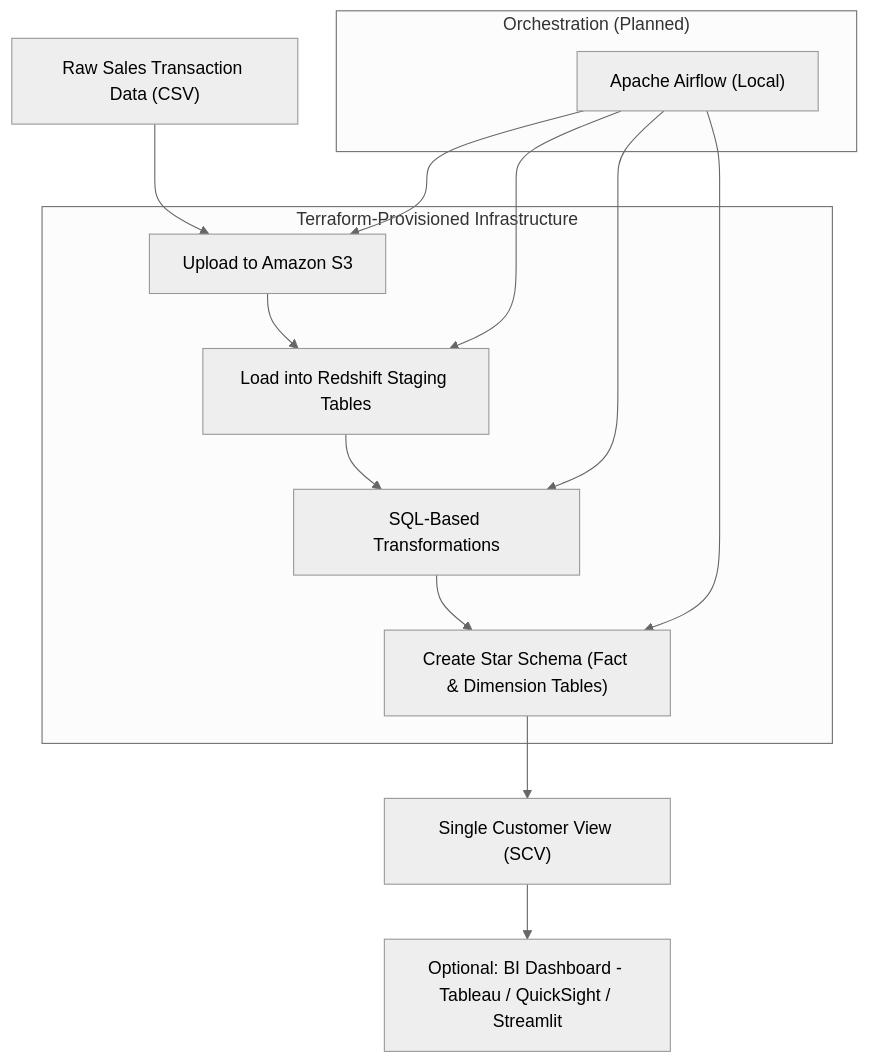
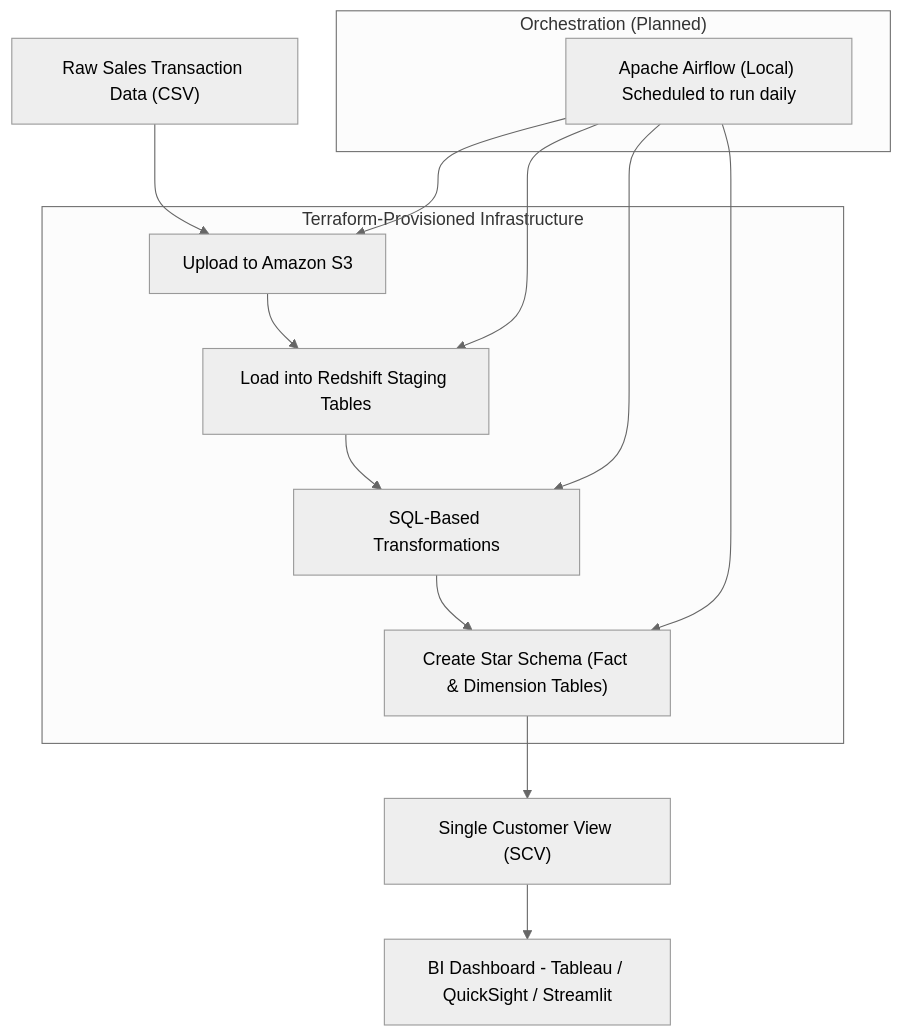
One commit to tungstennn/EcomDataPipeline-DataOps changed the diagram in README.md. Above: the diagram before and after it, drawn with Mermaid (neutral theme).

````diff
--- a/README.md
+++ b/README.md
@@ -19,25 +19,25 @@
 ```mermaid
 graph TD
     A["Raw Sales Transaction Data (CSV)"] --> B["Upload to Amazon S3"]
     B --> C["Load into Redshift Staging Tables"]
     C --> D["SQL-Based Transformations"]
     D --> E["Create Star Schema (Fact & Dimension Tables)"]
     E --> F["Single Customer View (SCV)"]
-    F --> G["Optional: BI Dashboard - Tableau / QuickSight / Streamlit"]
+    F --> G["BI Dashboard - Tableau / QuickSight / Streamlit"]
 
     subgraph "Terraform-Provisioned Infrastructure"
         B
         C
         D
         E
     end
 
     subgraph "Orchestration (Planned)"
-        H["Apache Airflow (Local)"]
+        H["Apache Airflow (Local) Scheduled to run daily"]
     end
 
     H --> B
     H --> C
     H --> D
     H --> E
 ```
````
